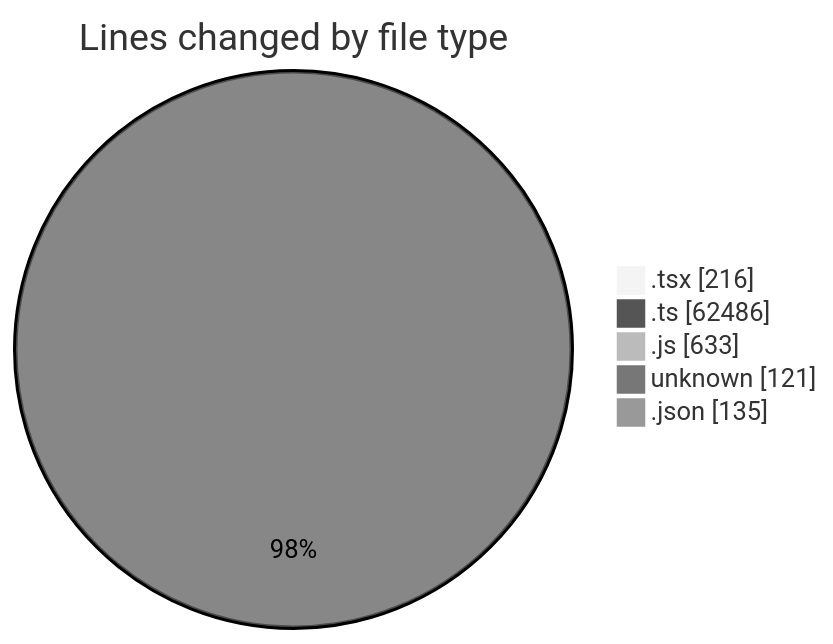
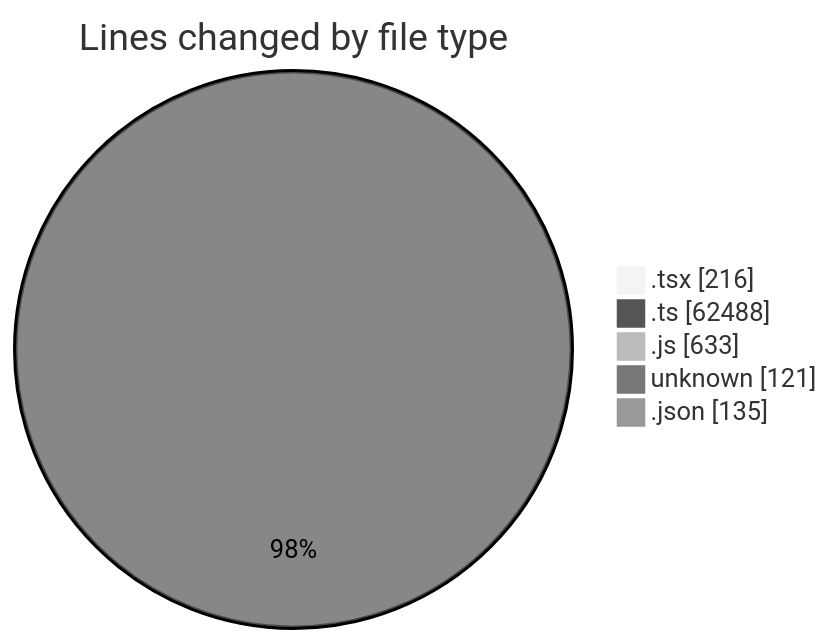
One commit to momahboobian/code-tracking changed the first of 2 diagrams in 2026-06-01/cda/README.md. Above: the diagram before and after it, drawn with Mermaid (neutral theme). The commit also changed other lines of this file and 1 other file, not shown here.

````diff
--- a/2026-06-01/cda/README.md
+++ b/2026-06-01/cda/README.md
@@ -52,9 +52,9 @@
 ```mermaid
 pie showData
 title Lines changed by file type
 ".tsx" : 216
-".ts" : 62486
+".ts" : 62488
 ".js" : 633
 "unknown" : 121
 ".json" : 135
 ```
````
